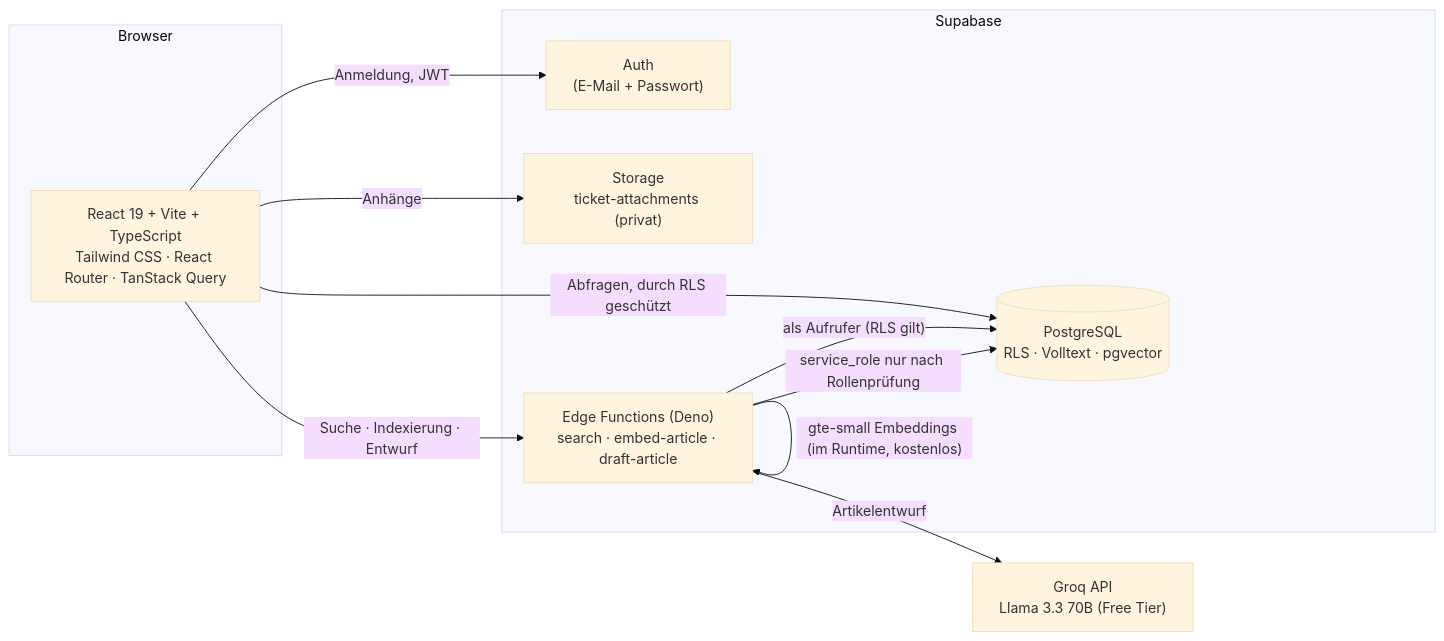
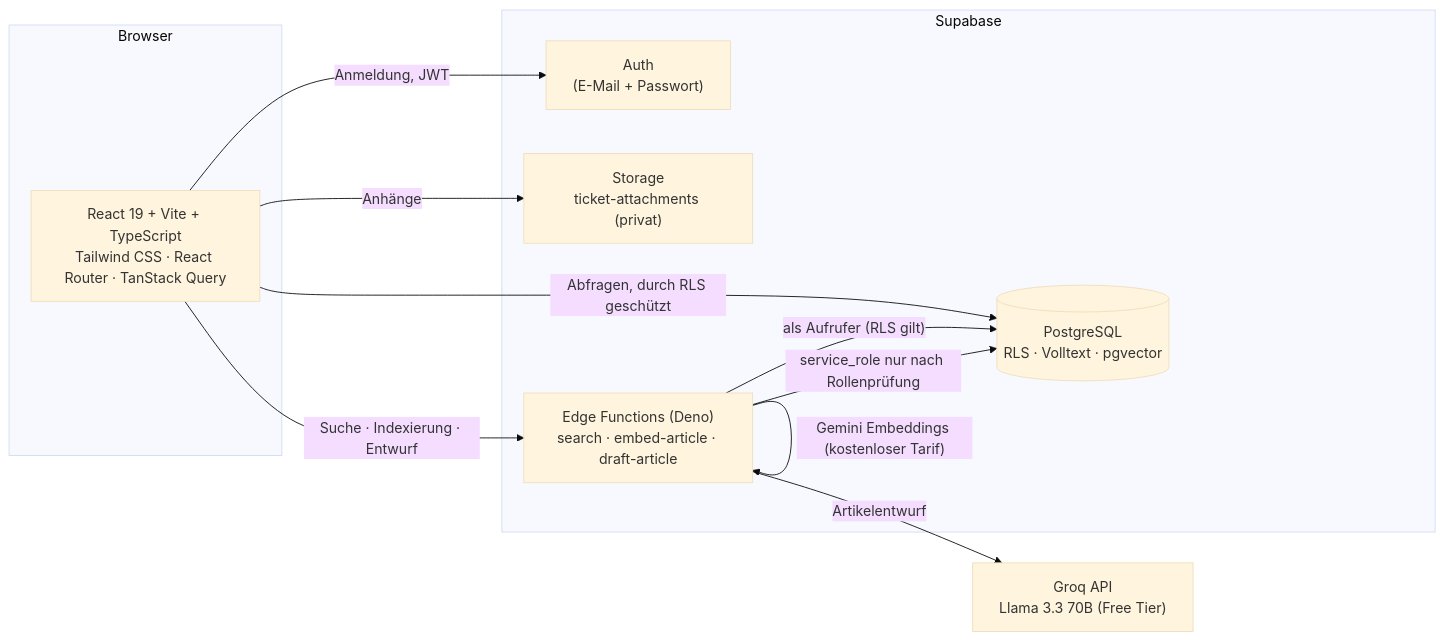
One commit to YanislavD/helphub changed the diagram in README.md. Above: the diagram before and after it, drawn with Mermaid (base theme). The commit also changed other lines of this file, not shown here.

Commit message:
docs: update README for Gemini embeddings, 78 articles and new search results

````diff
--- a/README.md
+++ b/README.md
@@ -53,24 +53,24 @@
 ```mermaid
 flowchart LR
   subgraph Browser
     A["React 19 + Vite + TypeScript<br/>Tailwind CSS · React Router · TanStack Query"]
   end
 
   subgraph Supabase
     C["Auth<br/>(E-Mail + Passwort)"]
     B[("PostgreSQL<br/>RLS · Volltext · pgvector")]
     D["Storage<br/>ticket-attachments (privat)"]
     E["Edge Functions (Deno)<br/>search · embed-article · draft-article"]
   end
 
   F["Groq API<br/>Llama 3.3 70B (Free Tier)"]
 
   A -- "Anmeldung, JWT" --> C
   A -- "Abfragen, durch RLS geschützt" --> B
   A -- "Anhänge" --> D
   A -- "Suche · Indexierung · Entwurf" --> E
   E -- "als Aufrufer (RLS gilt)" --> B
   E -- "service_role nur nach Rollenprüfung" --> B
-  E -- "gte-small Embeddings (im Runtime, kostenlos)" --> E
+  E -- "Gemini Embeddings (kostenloser Tarif)" --> E
   E -- "Artikelentwurf" --> F
 ```
````
